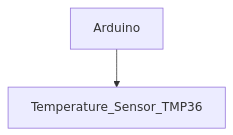
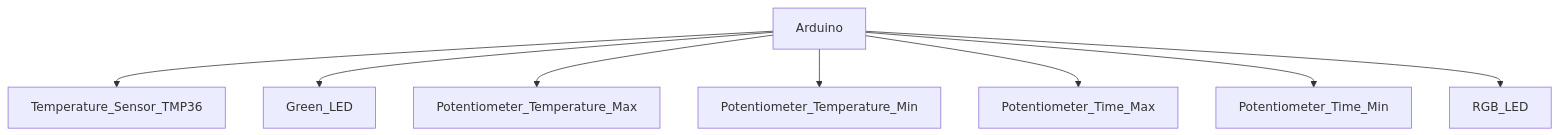
The second of 2 diagrams in README.md (arduino-core/Outdoor-Relay-Control), drawn with Mermaid before and after one commit.

````diff
--- a/README.md
+++ b/README.md
@@ -277,4 +277,10 @@
 ```mermaid
 graph TD;
     Arduino-->Temperature_Sensor_TMP36;
+    Arduino-->Green_LED;
+    Arduino-->Potentiometer_Temperature_Max;
+    Arduino-->Potentiometer_Temperature_Min;
+    Arduino-->Potentiometer_Time_Max;
+    Arduino-->Potentiometer_Time_Min;
+    Arduino-->RGB_LED;
 ```
````
